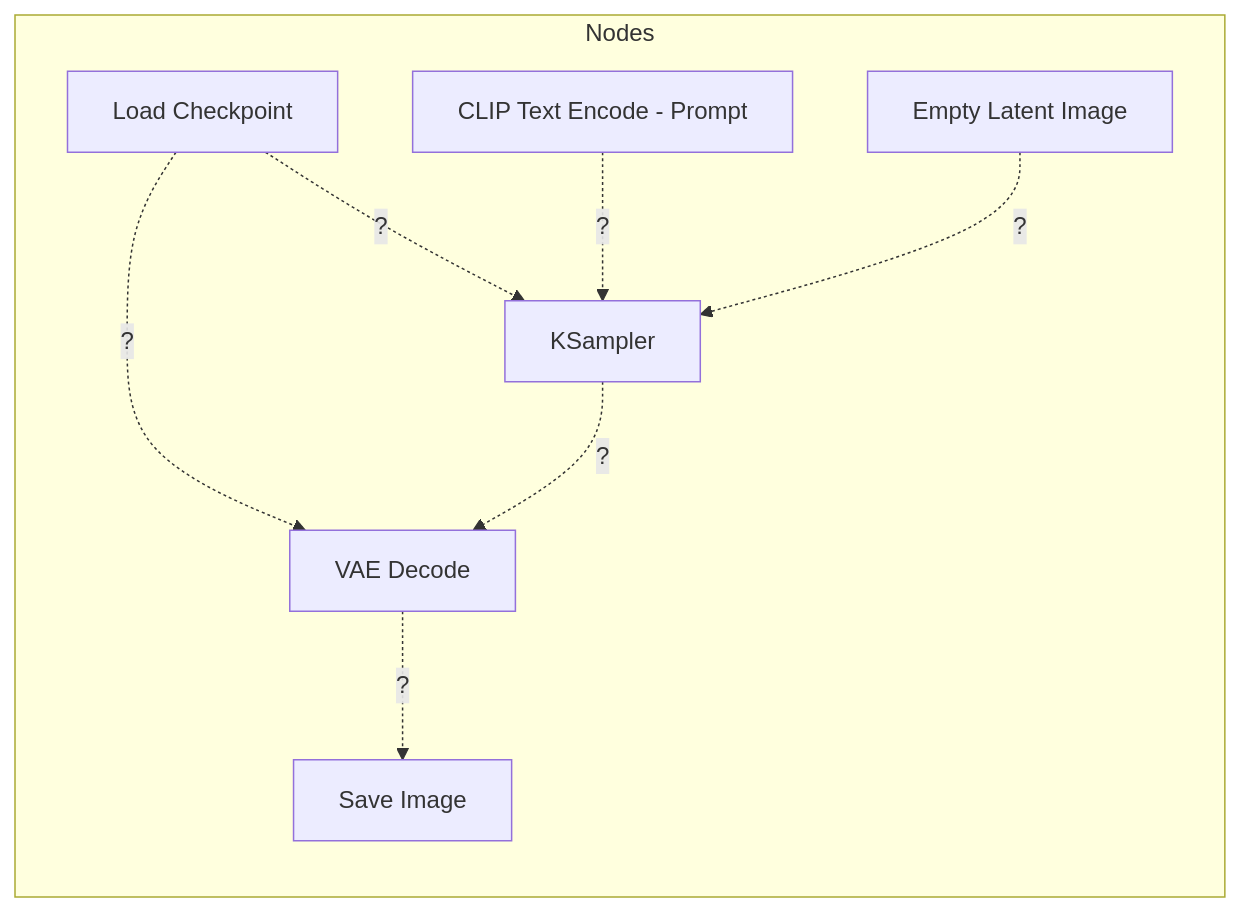
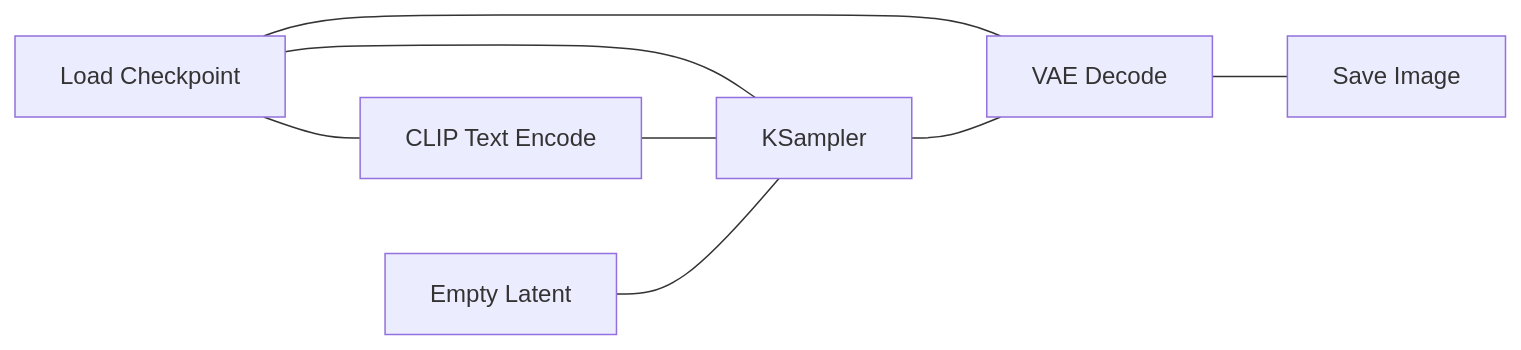
One commit to Aatricks/Atelier-IA changed the diagram in comfyui.md. Above: the diagram before and after it, drawn with Mermaid. The commit also changed other lines of this file and 132 other files, not shown here.

````diff
--- a/comfyui.md
+++ b/comfyui.md
@@ -27,19 +58,10 @@
 ```mermaid
 graph LR
-    subgraph Nodes
-        A[Load Checkpoint]
-        B[CLIP Text Encode - Prompt]
-        C[Empty Latent Image]
-        D[KSampler]
-        E[VAE Decode]
-        F[Save Image]
-    end
-
-    %% Représentation visuelle des connexions manquantes
-    A -. ? .-> D
-    B -. ? .-> D
-    C -. ? .-> D
-    D -. ? .-> E
-    A -. ? .-> E
-    E -. ? .-> F
+    CP[Load Checkpoint] --- TE[CLIP Text Encode]
+    CP --- KS[KSampler]
+    CP --- VD[VAE Decode]
+    TE --- KS
+    EL[Empty Latent] --- KS
+    KS --- VD
+    VD --- SI[Save Image]
 ```
````
